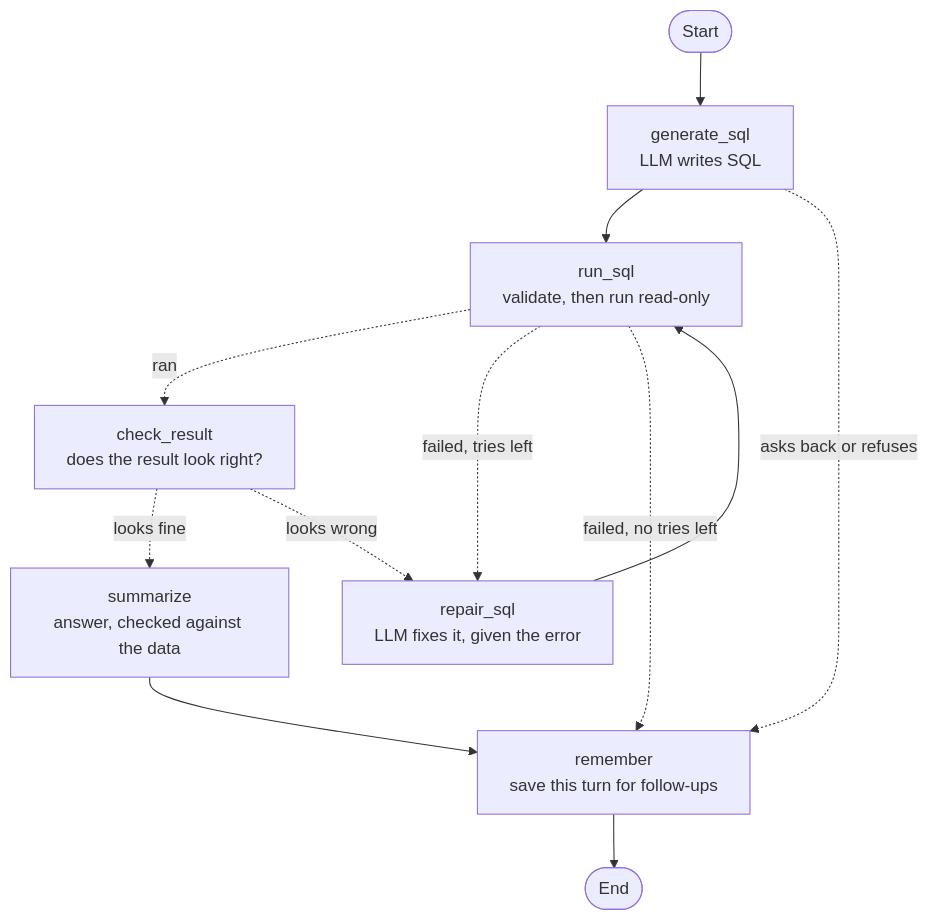
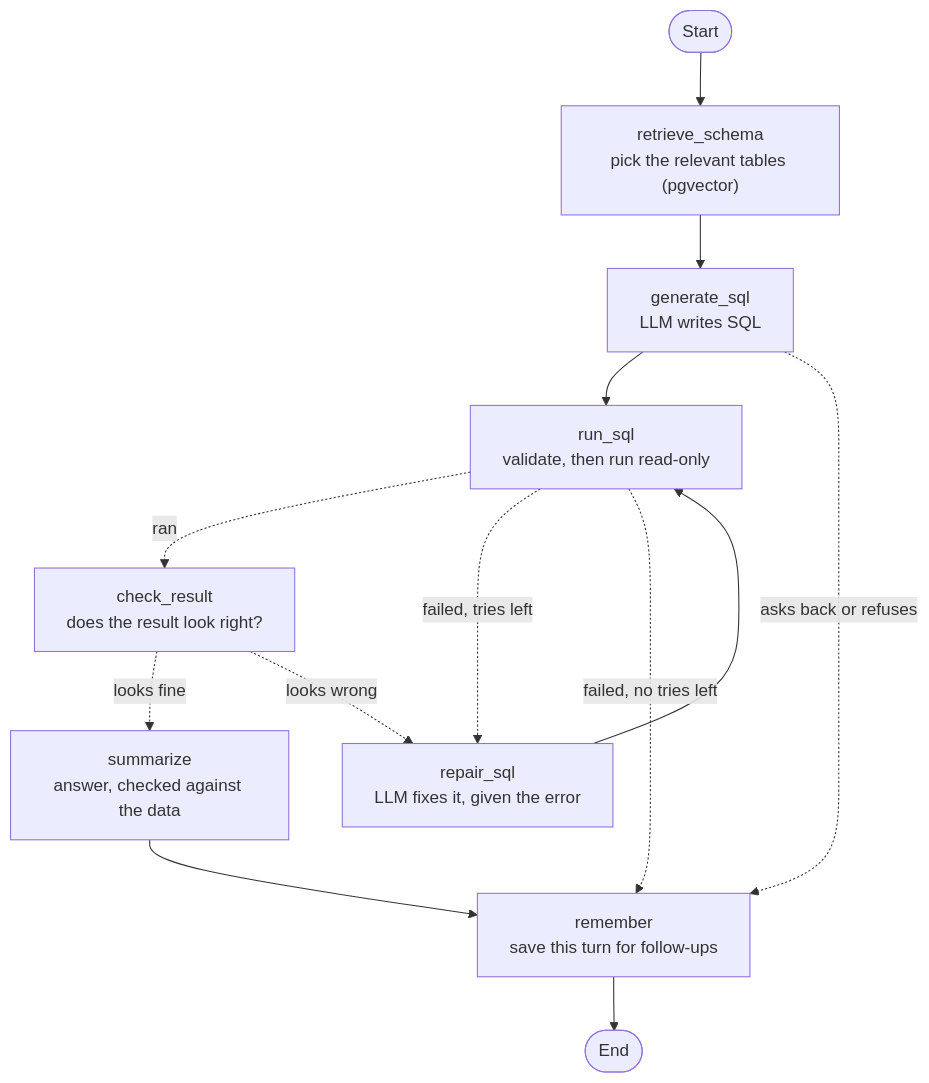
Before and after one commit to Mohamed-Dahy/querymind: the diagram in README.md, drawn with Mermaid. The commit also changed other lines of this file and 27 other files, not shown here.

Commit message:
feat: schema retrieval with pgvector (Phase 3.3): 40% of the schema per question, 98.6% table recall

````diff
--- a/README.md
+++ b/README.md
@@ -45,14 +51,15 @@
 ```mermaid
 graph TD;
-    start([Start]) --> generate_sql;
+    start([Start]) --> retrieve_schema;
+    retrieve_schema["retrieve_schema<br/>pick the relevant tables (pgvector)"] --> generate_sql;
     generate_sql["generate_sql<br/>LLM writes SQL"] --> run_sql;
     run_sql["run_sql<br/>validate, then run read-only"] -. ran .-> check_result;
     run_sql -. failed, tries left .-> repair_sql;
     run_sql -. failed, no tries left .-> remember;
     generate_sql -. asks back or refuses .-> remember;
     check_result["check_result<br/>does the result look right?"] -. looks fine .-> summarize;
     check_result -. looks wrong .-> repair_sql;
     repair_sql["repair_sql<br/>LLM fixes it, given the error"] --> run_sql;
     summarize["summarize<br/>answer, checked against the data"] --> remember;
     remember["remember<br/>save this turn for follow-ups"] --> done([End]);
 ```
````
